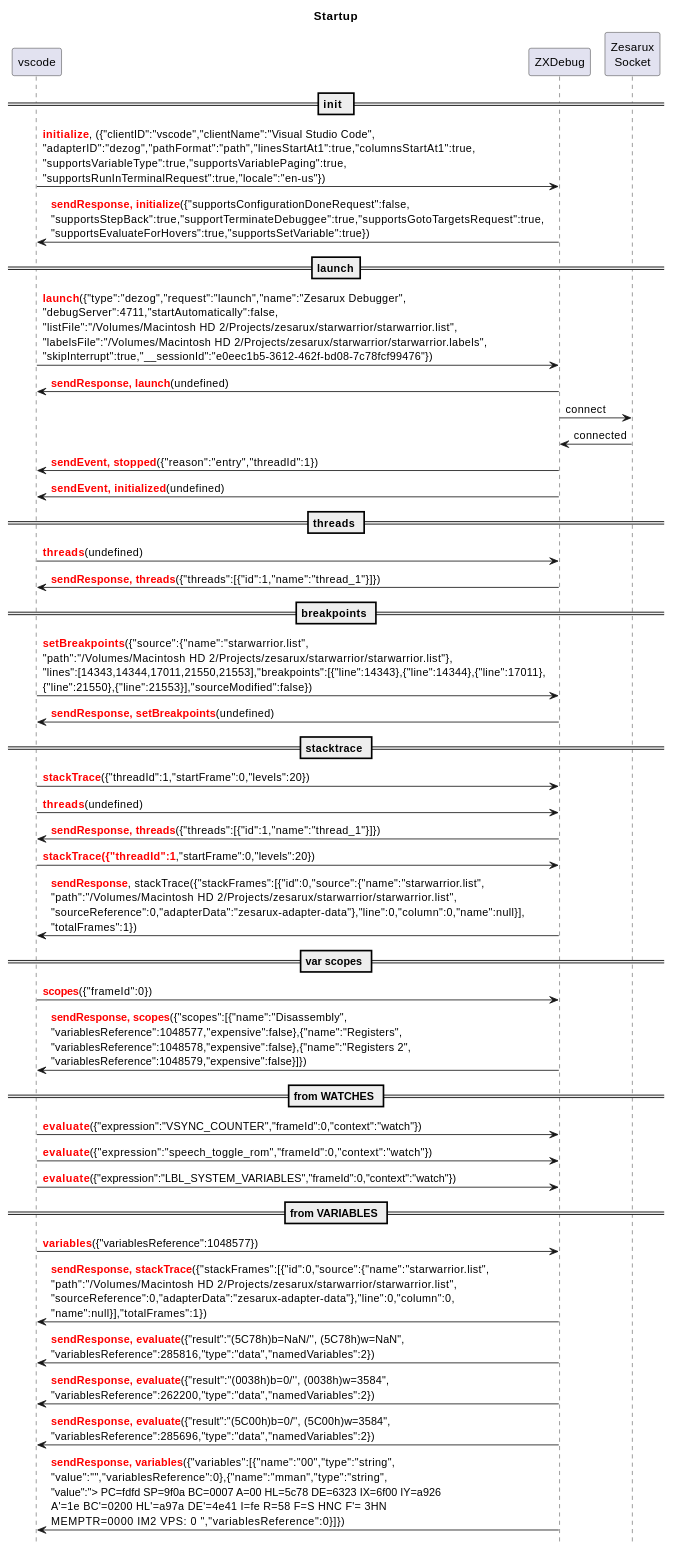
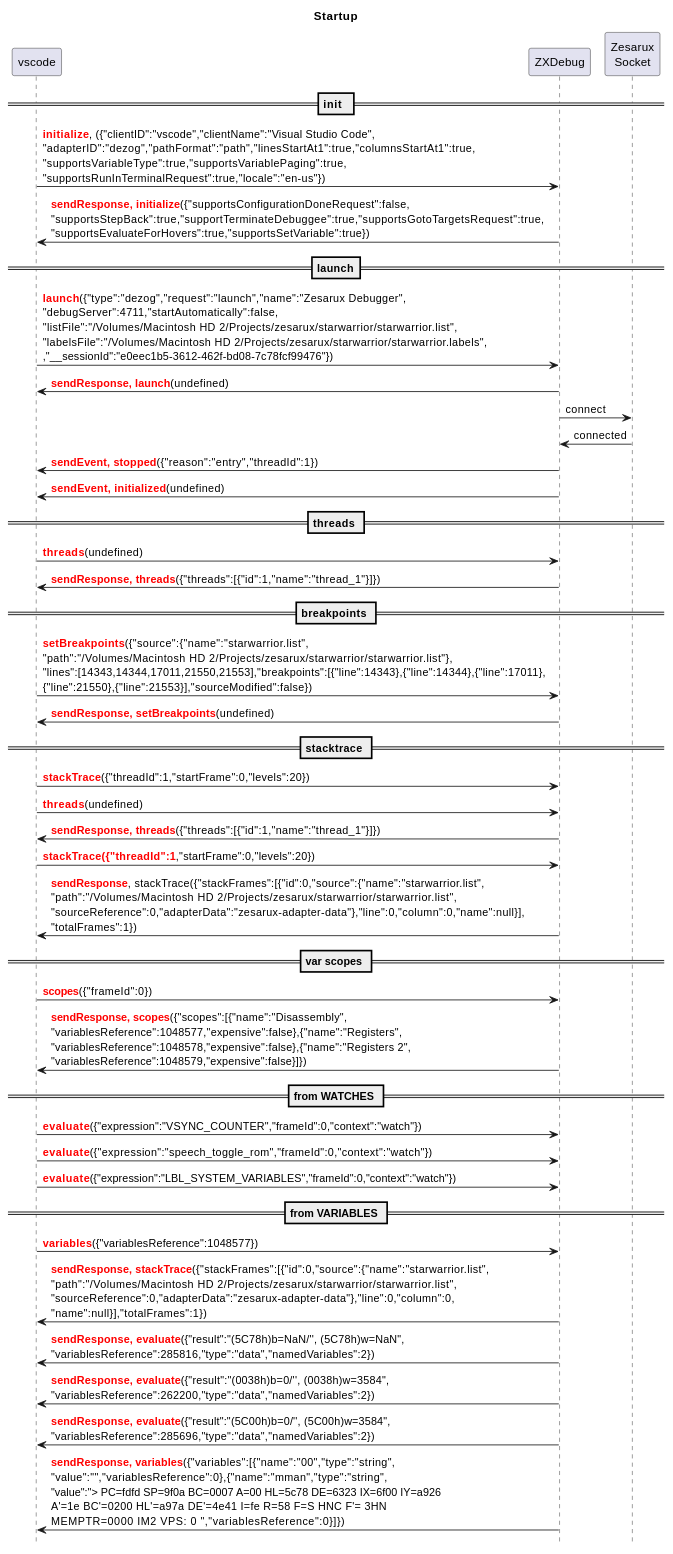
Before and after one commit to maziac/DeZog: the diagram in design/startup.md, drawn with PlantUML. The commit also changed 2 other files, not shown here.

Commit message:
package.json corrected.

````diff
--- a/design/startup.md
+++ b/design/startup.md
@@ -7,59 +7,59 @@
 ```puml
 title Startup
 
 hide footbox
 
 
 participant vscode
 participant ZXDebug
 participant ZXSocket as "Zesarux\nSocket"
 
 == init  ==
 vscode -> ZXDebug: <font color=red><b>initialize</b></font>, ({"clientID":"vscode","clientName":"Visual Studio Code",\n"adapterID":"dezog","pathFormat":"path","linesStartAt1":true,"columnsStartAt1":true,\n"supportsVariableType":true,"supportsVariablePaging":true,\n"supportsRunInTerminalRequest":true,"locale":"en-us"})
 vscode <- ZXDebug: <font color=red><b>sendResponse, initialize</b></font>({"supportsConfigurationDoneRequest":false,\n"supportsStepBack":true,"supportTerminateDebuggee":true,"supportsGotoTargetsRequest":true,\n"supportsEvaluateForHovers":true,"supportsSetVariable":true})
 
 
 == launch==
-vscode -> ZXDebug: <font color=red><b>launch</b></font>({"type":"dezog","request":"launch","name":"Zesarux Debugger",\n"debugServer":4711,"startAutomatically":false,\n"listFile":"/Volumes/Macintosh HD 2/Projects/zesarux/starwarrior/starwarrior.list",\n"labelsFile":"/Volumes/Macintosh HD 2/Projects/zesarux/starwarrior/starwarrior.labels",\n"skipInterrupt":true,"__sessionId":"e0eec1b5-3612-462f-bd08-7c78fcf99476"})
+vscode -> ZXDebug: <font color=red><b>launch</b></font>({"type":"dezog","request":"launch","name":"Zesarux Debugger",\n"debugServer":4711,"startAutomatically":false,\n"listFile":"/Volumes/Macintosh HD 2/Projects/zesarux/starwarrior/starwarrior.list",\n"labelsFile":"/Volumes/Macintosh HD 2/Projects/zesarux/starwarrior/starwarrior.labels",\n,"__sessionId":"e0eec1b5-3612-462f-bd08-7c78fcf99476"})
 vscode <- ZXDebug: <font color=red><b>sendResponse, launch</b></font>(undefined)
 ZXSocket <- ZXDebug: connect
 ZXSocket -> ZXDebug: connected
 vscode <- ZXDebug: <font color=red><b>sendEvent, stopped</b></font>({"reason":"entry","threadId":1})
 
 vscode <- ZXDebug: <font color=red><b>sendEvent, initialized</b></font>(undefined)
 
 == threads ==
 vscode -> ZXDebug: <font color=red><b>threads</b></font>(undefined)
 vscode <- ZXDebug: <font color=red><b>sendResponse, threads</b></font>({"threads":[{"id":1,"name":"thread_1"}]})
 
 == breakpoints ==
 vscode -> ZXDebug: <font color=red><b>setBreakpoints</b></font>({"source":{"name":"starwarrior.list",\n"path":"/Volumes/Macintosh HD 2/Projects/zesarux/starwarrior/starwarrior.list"},\n"lines":[14343,14344,17011,21550,21553],"breakpoints":[{"line":14343},{"line":14344},{"line":17011},\n{"line":21550},{"line":21553}],"sourceModified":false})
 vscode <- ZXDebug: <font color=red><b>sendResponse, setBreakpoints</b></font>(undefined)
 
 == stacktrace ==
 vscode -> ZXDebug: <font color=red><b>stackTrace</b></font>({"threadId":1,"startFrame":0,"levels":20})
 vscode -> ZXDebug: <font color=red><b>threads</b></font>(undefined)
 vscode <- ZXDebug: <font color=red><b>sendResponse, threads</b></font>({"threads":[{"id":1,"name":"thread_1"}]})
 vscode -> ZXDebug: <font color=red><b>stackTrace({"threadId":1</b></font>,"startFrame":0,"levels":20})
 vscode <- ZXDebug: <font color=red><b>sendResponse</b></font>, stackTrace({"stackFrames":[{"id":0,"source":{"name":"starwarrior.list",\n"path":"/Volumes/Macintosh HD 2/Projects/zesarux/starwarrior/starwarrior.list",\n"sourceReference":0,"adapterData":"zesarux-adapter-data"},"line":0,"column":0,"name":null}],\n"totalFrames":1})
 
 == var scopes ==
 vscode -> ZXDebug: <font color=red><b>scopes</b></font>({"frameId":0})
 vscode <- ZXDebug: <font color=red><b>sendResponse, scopes</b></font>({"scopes":[{"name":"Disassembly",\n"variablesReference":1048577,"expensive":false},{"name":"Registers",\n"variablesReference":1048578,"expensive":false},{"name":"Registers 2",\n"variablesReference":1048579,"expensive":false}]})
 
 == from WATCHES ==
 vscode -> ZXDebug: <font color=red><b>evaluate</b></font>({"expression":"VSYNC_COUNTER","frameId":0,"context":"watch"})
 vscode -> ZXDebug: <font color=red><b>evaluate</b></font>({"expression":"speech_toggle_rom","frameId":0,"context":"watch"})
 vscode -> ZXDebug: <font color=red><b>evaluate</b></font>({"expression":"LBL_SYSTEM_VARIABLES","frameId":0,"context":"watch"})
 
 == from VARIABLES ==
 vscode -> ZXDebug: <font color=red><b>variables</b></font>({"variablesReference":1048577})
 
 vscode <- ZXDebug: <font color=red><b>sendResponse, stackTrace</b></font>({"stackFrames":[{"id":0,"source":{"name":"starwarrior.list",\n"path":"/Volumes/Macintosh HD 2/Projects/zesarux/starwarrior/starwarrior.list",\n"sourceReference":0,"adapterData":"zesarux-adapter-data"},"line":0,"column":0,\n"name":null}],"totalFrames":1})
 
 vscode <- ZXDebug: <font color=red><b>sendResponse, evaluate</b></font>({"result":"(5C78h)b=NaN/'', (5C78h)w=NaN",\n"variablesReference":285816,"type":"data","namedVariables":2})
 vscode <- ZXDebug: <font color=red><b>sendResponse, evaluate</b></font>({"result":"(0038h)b=0/'', (0038h)w=3584",\n"variablesReference":262200,"type":"data","namedVariables":2})
 vscode <- ZXDebug: <font color=red><b>sendResponse, evaluate</b></font>({"result":"(5C00h)b=0/'', (5C00h)w=3584",\n"variablesReference":285696,"type":"data","namedVariables":2})
 vscode <- ZXDebug: <font color=red><b>sendResponse, variables</b></font>({"variables":[{"name":"00","type":"string",\n"value":"","variablesReference":0},{"name":"mman","type":"string",\n"value":"> PC=fdfd SP=9f0a BC=0007 A=00 HL=5c78 DE=6323 IX=6f00 IY=a926\nA'=1e BC'=0200 HL'=a97a DE'=4e41 I=fe R=58  F=S    HNC F'=    3HN  \nMEMPTR=0000 IM2         VPS: 0 ","variablesReference":0}]})
 
 ```
````
